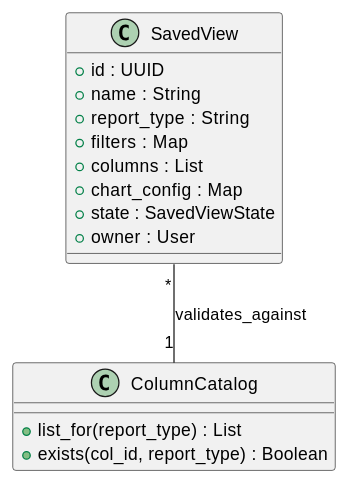
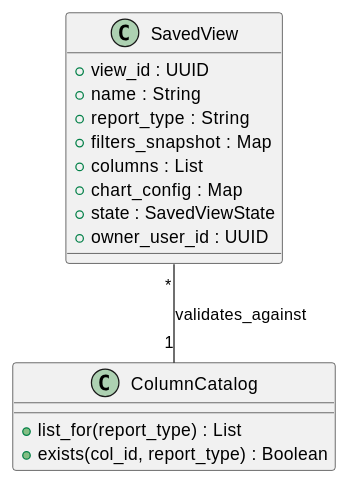
The diagram in source/requisitos/casos-uso/reports/uc-rpt-10/diagramas-uml/diagrama-de-clases.rst (jcg-admin/IACT-docs), drawn with PlantUML before and after one commit. The commit also changed 7 other files, not shown here.

```diff
--- a/source/requisitos/casos-uso/reports/uc-rpt-10/diagramas-uml/diagrama-de-clases.rst
+++ b/source/requisitos/casos-uso/reports/uc-rpt-10/diagramas-uml/diagrama-de-clases.rst
@@ -6,24 +6,24 @@
 .. uml::
  :caption: UC_RPT_10 — clases SavedView + ColumnCatalog.
 
  @startuml
 
  class SavedView {
-   + id : UUID
+   + view_id : UUID
    + name : String
    + report_type : String
-   + filters : Map
+   + filters_snapshot : Map
    + columns : List
    + chart_config : Map
    + state : SavedViewState
-   + owner : User
+   + owner_user_id : UUID
  }
 
  class ColumnCatalog {
    + list_for(report_type) : List
    + exists(col_id, report_type) : Boolean
  }
 
  SavedView "*" -- "1" ColumnCatalog : validates_against
 
  @enduml
```
